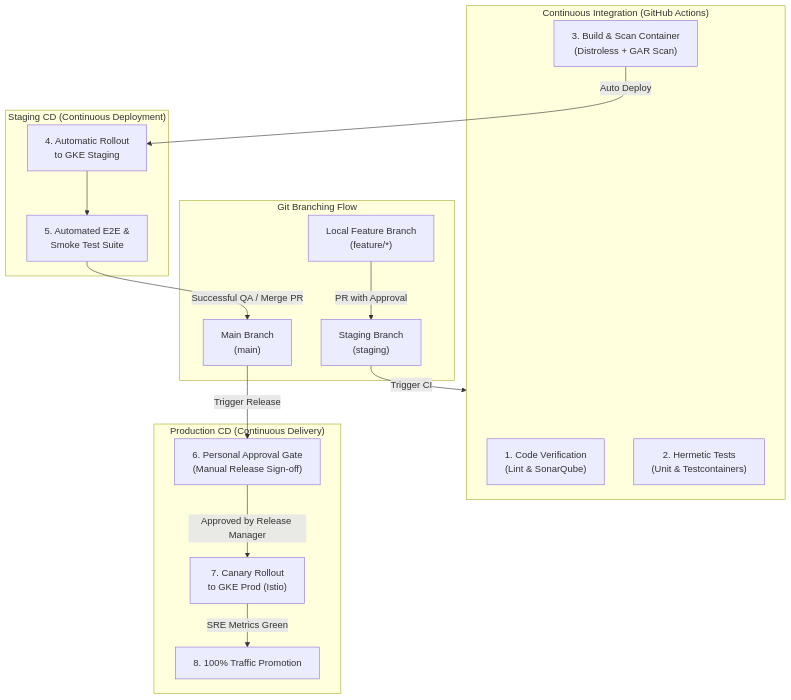
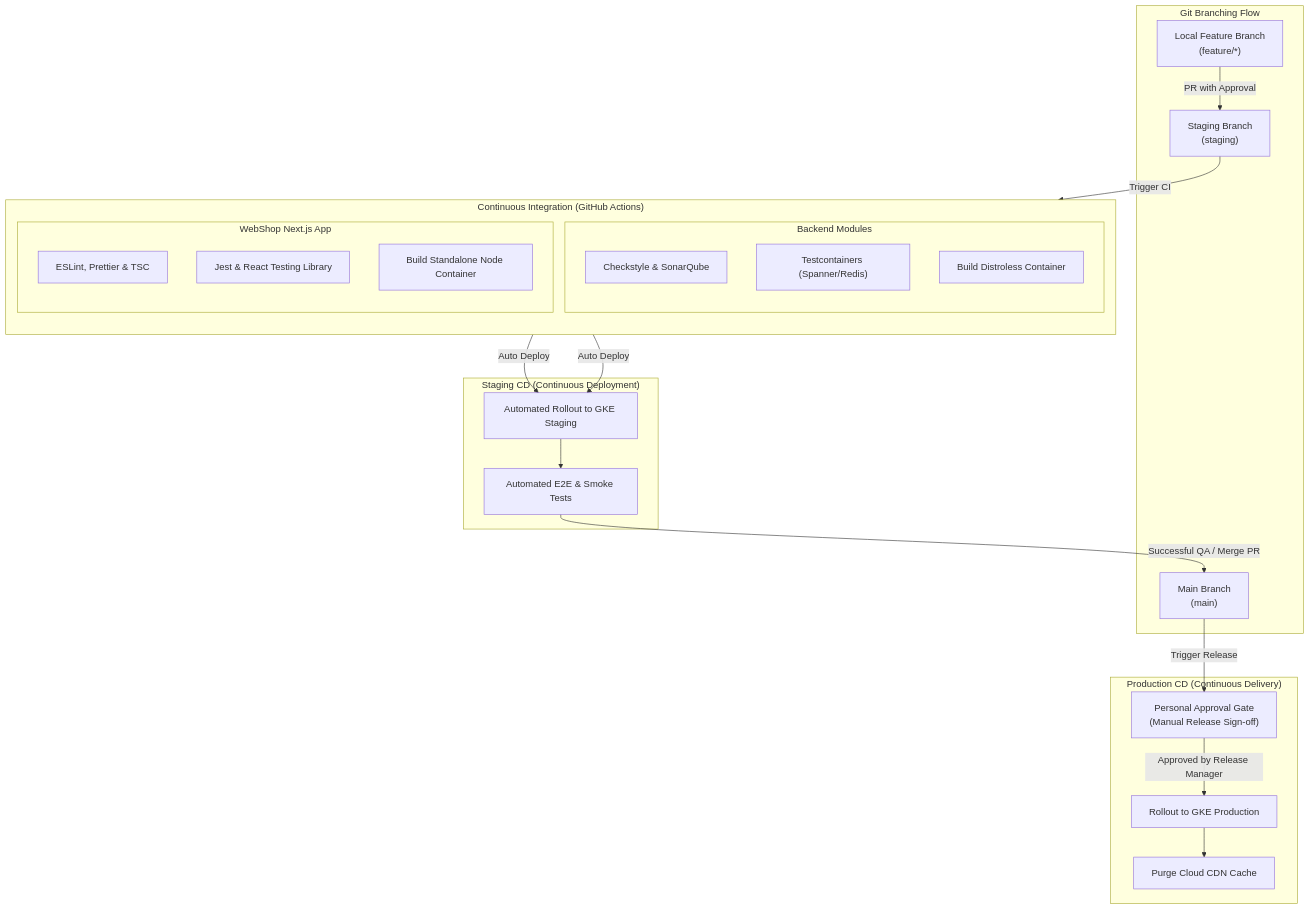
Before and after one commit to drapic88/abysalto-webshop: the diagram in doc/delivery.md, drawn with Mermaid. The commit also changed other lines of this file, not shown here.

Commit message:
CI/CD for web app

````diff
--- a/doc/delivery.md
+++ b/doc/delivery.md
@@ -22,41 +22,51 @@
 ```mermaid
 graph TD
     %% Branches & Dev Loop
     subgraph Git ["Git Branching Flow"]
         Feature["Local Feature Branch<br/>(feature/*)"]
         StagingBranch["Staging Branch<br/>(staging)"]
         MainBranch["Main Branch<br/>(main)"]
     end
 
     %% CI Processes
     subgraph CI ["Continuous Integration (GitHub Actions)"]
-        Verify["1. Code Verification<br/>(Lint & SonarQube)"]
-        Test["2. Hermetic Tests<br/>(Unit & Testcontainers)"]
-        Pack["3. Build & Scan Container<br/>(Distroless + GAR Scan)"]
+        direction TB
+        subgraph Backend_CI ["Backend Modules"]
+            VerifyBE["Checkstyle & SonarQube"]
+            TestBE["Testcontainers (Spanner/Redis)"]
+            PackBE["Build Distroless Container"]
+        end
+        subgraph Frontend_CI ["WebShop Next.js App"]
+            VerifyFE["ESLint, Prettier & TSC"]
+            TestFE["Jest & React Testing Library"]
+            PackFE["Build Standalone Node Container"]
+        end
     end
 
     %% Staging CD
     subgraph CD_Staging ["Staging CD (Continuous Deployment)"]
-        DeployStg["4. Automatic Rollout<br/>to GKE Staging"]
-        VerifyStg["5. Automated E2E &<br/>Smoke Test Suite"]
+        DeployStg["Automated Rollout to GKE Staging"]
+        VerifyStg["Automated E2E & Smoke Tests"]
     end
 
     %% Production CD
     subgraph CD_Prod ["Production CD (Continuous Delivery)"]
-        Gate["6. Personal Approval Gate<br/>(Manual Release Sign-off)"]
-        Canary["7. Canary Rollout<br/>to GKE Prod (Istio)"]
-        Complete["8. 100% Traffic Promotion"]
+        Gate["Personal Approval Gate<br/>(Manual Release Sign-off)"]
+        RolloutProd["Rollout to GKE Production"]
+        CDNFlush["Purge Cloud CDN Cache"]
     end
 
     %% Flow lines
     Feature -->|PR with Approval| StagingBranch
     StagingBranch -->|Trigger CI| CI
-    Pack -->|Auto Deploy| DeployStg
+    
+    PackBE -->|Auto Deploy| DeployStg
+    PackFE -->|Auto Deploy| DeployStg
     DeployStg --> VerifyStg
     
     %% Promotion to main
     VerifyStg -->|Successful QA / Merge PR| MainBranch
     MainBranch -->|Trigger Release| Gate
-    Gate -->|Approved by Release Manager| Canary
-    Canary -->|SRE Metrics Green| Complete
+    Gate -->|Approved by Release Manager| RolloutProd
+    RolloutProd --> CDNFlush
 ```
````
